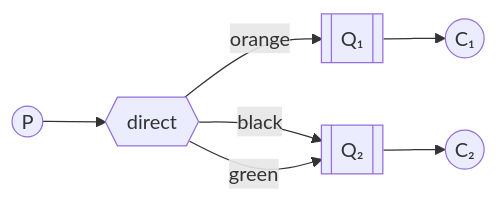
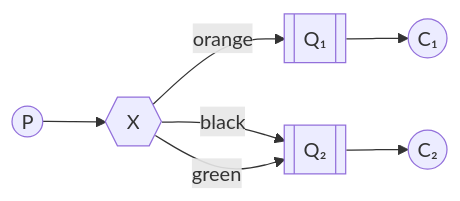
One commit to rabbitmq/rabbitmq-website changed the diagram in src/components/Tutorials/T4DiagramDirectX.md. Above: the diagram before and after it, drawn with Mermaid. The commit also changed 3 other files, not shown here.

````diff
--- a/src/components/Tutorials/T4DiagramDirectX.md
+++ b/src/components/Tutorials/T4DiagramDirectX.md
@@ -1,23 +1,23 @@
 ```mermaid
 flowchart LR
     P((P))
-    X{{direct}}
+    X{{X}}
     Q1[[Q₁]]
     Q2[[Q₂]]
     C1((C₁))
     C2((C₂))
 
     P --> X
     X -- orange --> Q1
     X -- black --> Q2
     X -- green --> Q2
     Q1 --> C1
     Q2 --> C2
 
     class P mermaid-producer
     class X mermaid-exchange
     class Q1 mermaid-queue
     class Q2 mermaid-queue
     class C1 mermaid-consumer
     class C2 mermaid-consumer
 ```
````
